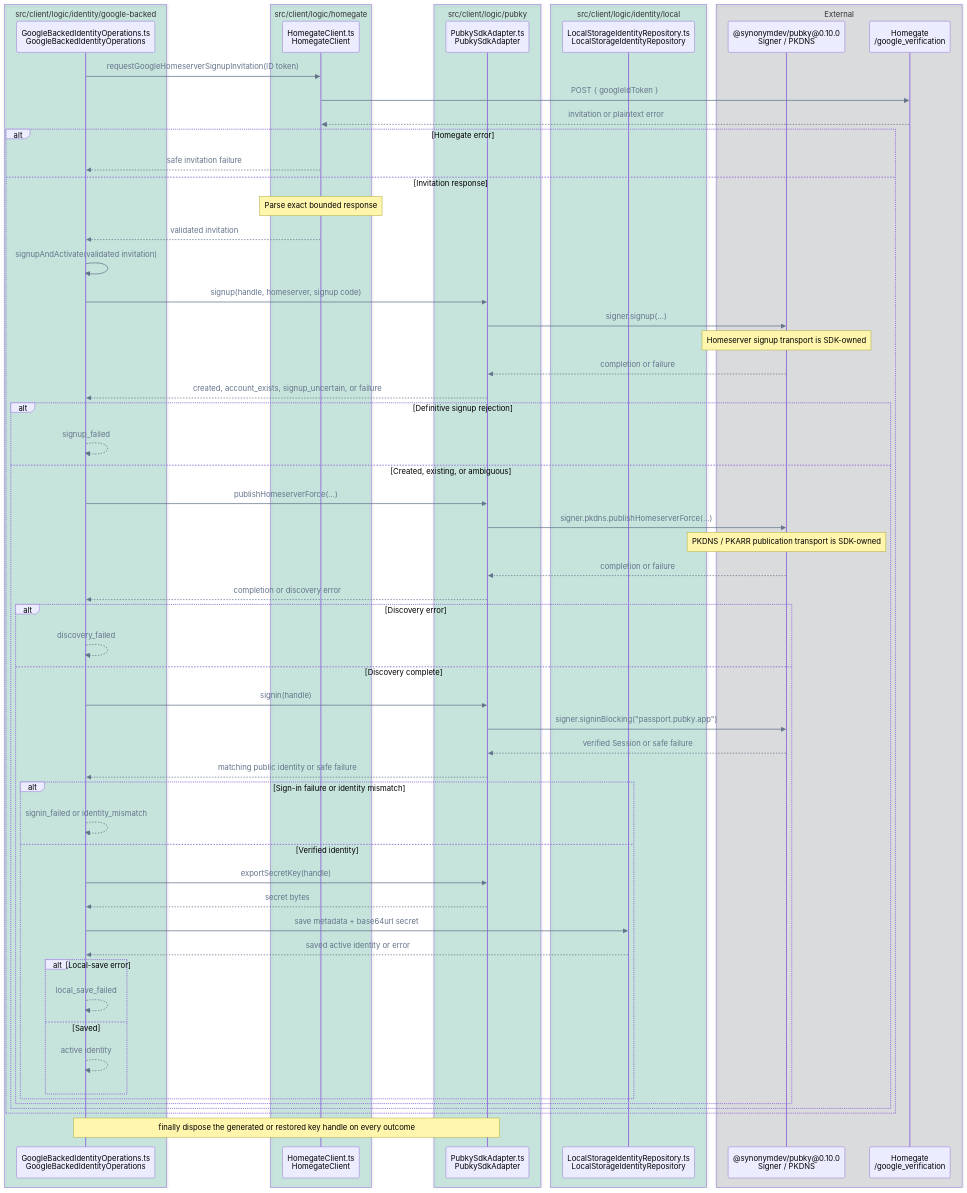
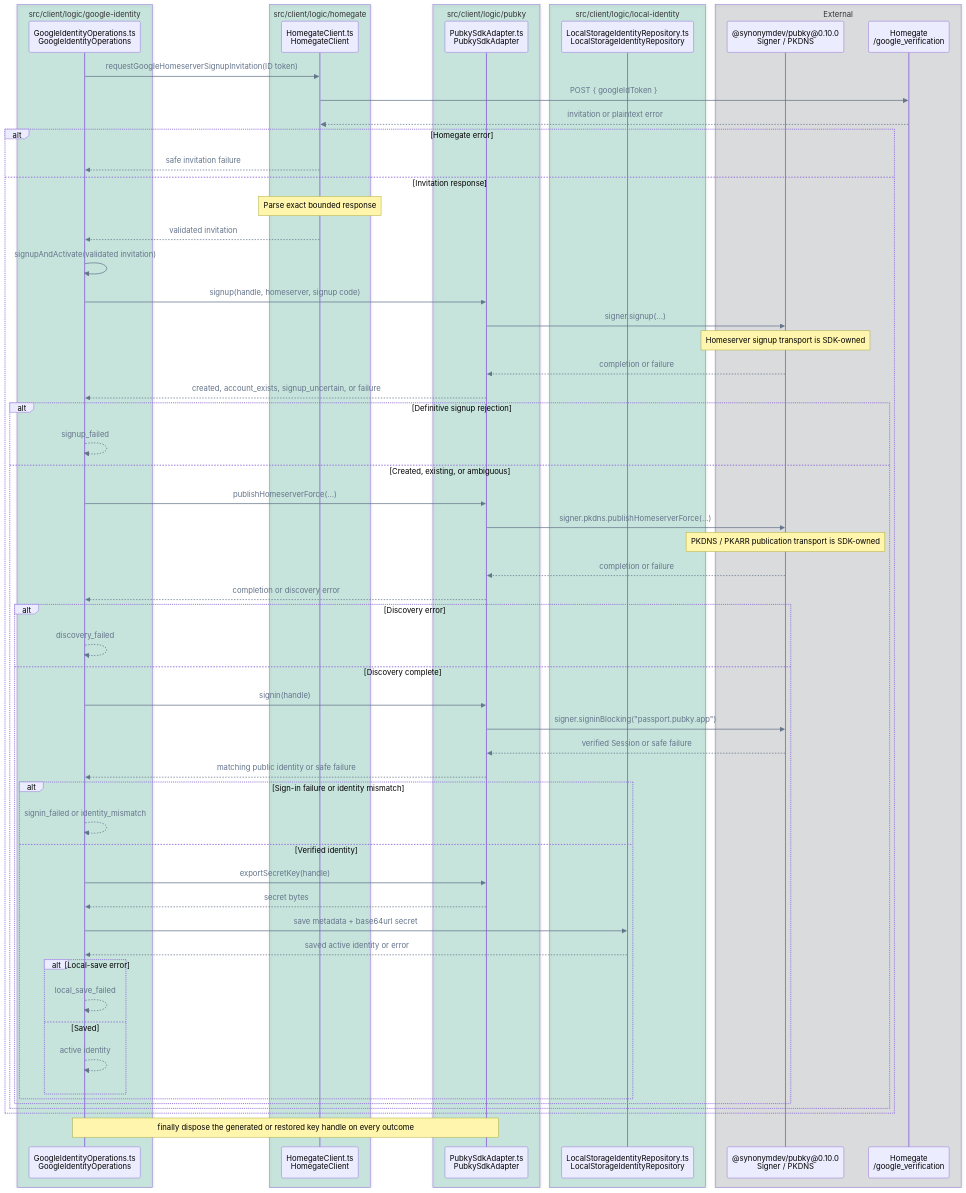
One commit to pubky/pubky-passport changed diagram 11 of 14 in FLOWS.md. Above: the diagram before and after it, drawn with Mermaid. The commit also changed other lines of this file and 65 other files, not shown here.

````diff
--- a/FLOWS.md
+++ b/FLOWS.md
@@ -531,69 +524,69 @@
 ```mermaid
 %%{init: {"themeVariables": {"signalColor": "#64748B", "signalTextColor": "#64748B"}}}%%
 sequenceDiagram
     accTitle: Missing identity activation and local save call flow
-    accDescr: GoogleBackedIdentityOperations requests a homeserver signup invitation, then uses its shared signup-and-activation method for both fresh creation and interrupted setup recovery.
-    box rgba(0, 158, 115, 0.18) src/client/logic/identity/google-backed
-        participant Operations as GoogleBackedIdentityOperations.ts<br/>GoogleBackedIdentityOperations
+    accDescr: GoogleIdentityOperations requests a homeserver signup invitation, then uses its shared signup-and-activation method for both fresh creation and interrupted setup recovery.
+    box rgba(0, 158, 115, 0.18) src/client/logic/google-identity
+        participant Operations as GoogleIdentityOperations.ts<br/>GoogleIdentityOperations
     end
     box rgba(0, 158, 115, 0.18) src/client/logic/homegate
         participant Invite as HomegateClient.ts<br/>HomegateClient
     end
     box rgba(0, 158, 115, 0.18) src/client/logic/pubky
         participant Pubky as PubkySdkAdapter.ts<br/>PubkySdkAdapter
     end
-    box rgba(0, 158, 115, 0.18) src/client/logic/identity/local
+    box rgba(0, 158, 115, 0.18) src/client/logic/local-identity
         participant Repo as LocalStorageIdentityRepository.ts<br/>LocalStorageIdentityRepository
     end
     box rgba(17, 24, 39, 0.12) External
         participant SDK as @synonymdev/pubky@0.10.0<br/>Signer / PKDNS
         participant Homegate as Homegate<br/>/google_verification
     end
 
     Operations->>Invite: requestGoogleHomeserverSignupInvitation(ID token)
     Invite->>Homegate: POST { googleIdToken }
     Homegate-->>Invite: invitation or plaintext error
     alt Homegate error
         Invite-->>Operations: safe invitation failure
     else Invitation response
         Note over Invite: Parse exact bounded response
         Invite-->>Operations: validated invitation
         Operations->>Operations: signupAndActivate(validated invitation)
         Operations->>Pubky: signup(handle, homeserver, signup code)
         Pubky->>SDK: signer.signup(...)
         Note over SDK: Homeserver signup transport is SDK-owned
         SDK-->>Pubky: completion or failure
         Pubky-->>Operations: created, account_exists, signup_uncertain, or failure
         alt Definitive signup rejection
             Operations-->>Operations: signup_failed
         else Created, existing, or ambiguous
             Operations->>Pubky: publishHomeserverForce(...)
             Pubky->>SDK: signer.pkdns.publishHomeserverForce(...)
             Note over SDK: PKDNS / PKARR publication transport is SDK-owned
             SDK-->>Pubky: completion or failure
             Pubky-->>Operations: completion or discovery error
             alt Discovery error
                 Operations-->>Operations: discovery_failed
             else Discovery complete
                 Operations->>Pubky: signin(handle)
                 Pubky->>SDK: signer.signinBlocking("passport.pubky.app")
                 SDK-->>Pubky: verified Session or safe failure
                 Pubky-->>Operations: matching public identity or safe failure
                 alt Sign-in failure or identity mismatch
                     Operations-->>Operations: signin_failed or identity_mismatch
                 else Verified identity
                     Operations->>Pubky: exportSecretKey(handle)
                     Pubky-->>Operations: secret bytes
                     Operations->>Repo: save metadata + base64url secret
                     Repo-->>Operations: saved active identity or error
                     alt Local-save error
                         Operations-->>Operations: local_save_failed
                     else Saved
                         Operations-->>Operations: active identity
                     end
                 end
             end
         end
     end
     Note over Operations,Pubky: finally dispose the generated or restored key handle on every outcome
 ```
````
